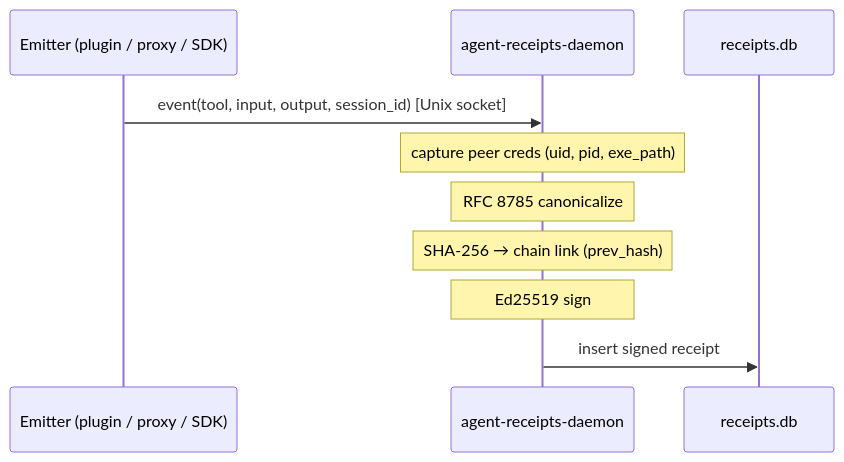
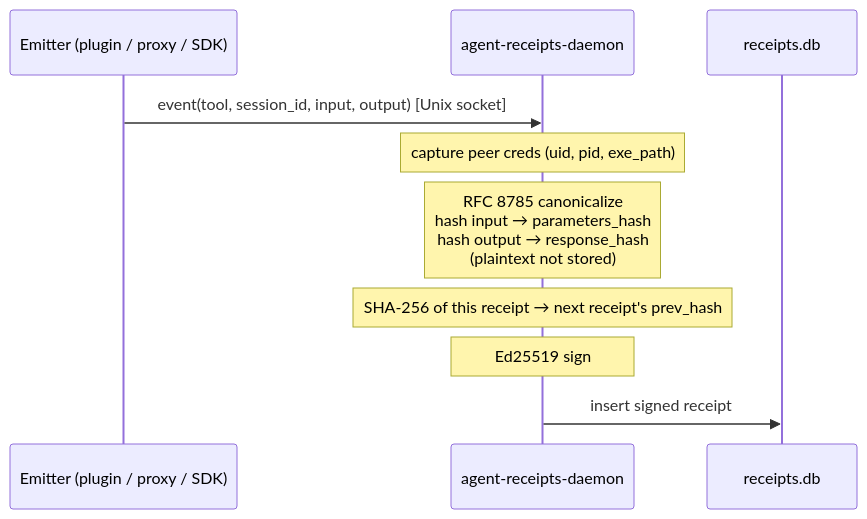
The diagram in site/src/content/docs/specification/how-it-works.mdx (agent-receipts/ar), drawn with Mermaid before and after one commit. The commit also changed 1 other file, not shown here.

Commit message:
docs(site): fix diagram issues per Copilot review on PR #398
receipt-chain-verification.mdx:
- Gap 3.1 flowchart: add R_0 pre-check (prev_hash must be null) before
  the per-receipt loop, matching step 4 of the prose algorithm

how-it-works.mdx:
- Gap 2.1 sequence: label input/output as received-over-socket but
  only hashed by daemon (add inline note: hash → parameters_hash /
  response_hash, plaintext not stored)
- Gap 2.1 sequence: SHA-256 step label clarified — 'SHA-256 of this
  receipt → next receipt's prev_hash' removes the prev_hash ambiguity

````diff
--- a/site/src/content/docs/specification/how-it-works.mdx
+++ b/site/src/content/docs/specification/how-it-works.mdx
@@ -93,13 +93,13 @@
 ```mermaid
 sequenceDiagram
   participant E as Emitter (plugin / proxy / SDK)
   participant D as agent-receipts-daemon
   participant DB as receipts.db
 
-  E->>D: event(tool, input, output, session_id) [Unix socket]
+  E->>D: event(tool, session_id, input, output) [Unix socket]
   Note over D: capture peer creds (uid, pid, exe_path)
-  Note over D: RFC 8785 canonicalize
-  Note over D: SHA-256 → chain link (prev_hash)
+  Note over D: RFC 8785 canonicalize<br/>hash input → parameters_hash<br/>hash output → response_hash<br/>(plaintext not stored)
+  Note over D: SHA-256 of this receipt → next receipt's prev_hash
   Note over D: Ed25519 sign
   D->>DB: insert signed receipt
 ```
````
